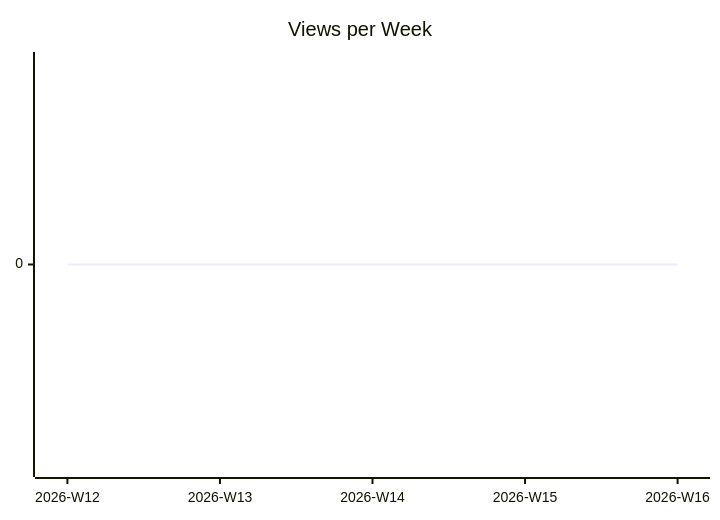
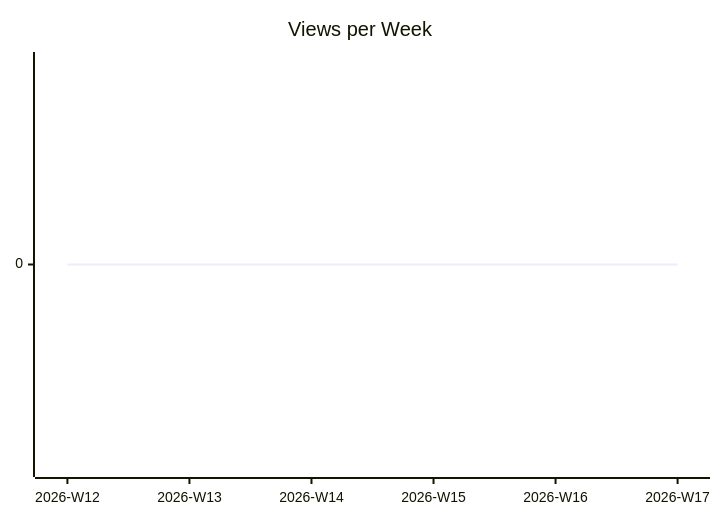
The second of 3 diagrams in karlmdavis/liquibase/README.md (justdavis-family/github-analytics-data), drawn with Mermaid before and after one commit. The commit also changed other lines of this file and 198 other files, not shown here.

````diff
--- a/karlmdavis/liquibase/README.md
+++ b/karlmdavis/liquibase/README.md
@@ -12,6 +12,6 @@
 ```mermaid
 xychart-beta
   title "Views per Week"
-  x-axis ["2026-W12", "2026-W13", "2026-W14", "2026-W15", "2026-W16"]
-  line [0, 0, 0, 0, 0]
+  x-axis ["2026-W12", "2026-W13", "2026-W14", "2026-W15", "2026-W16", "2026-W17"]
+  line [0, 0, 0, 0, 0, 0]
 ```
````
